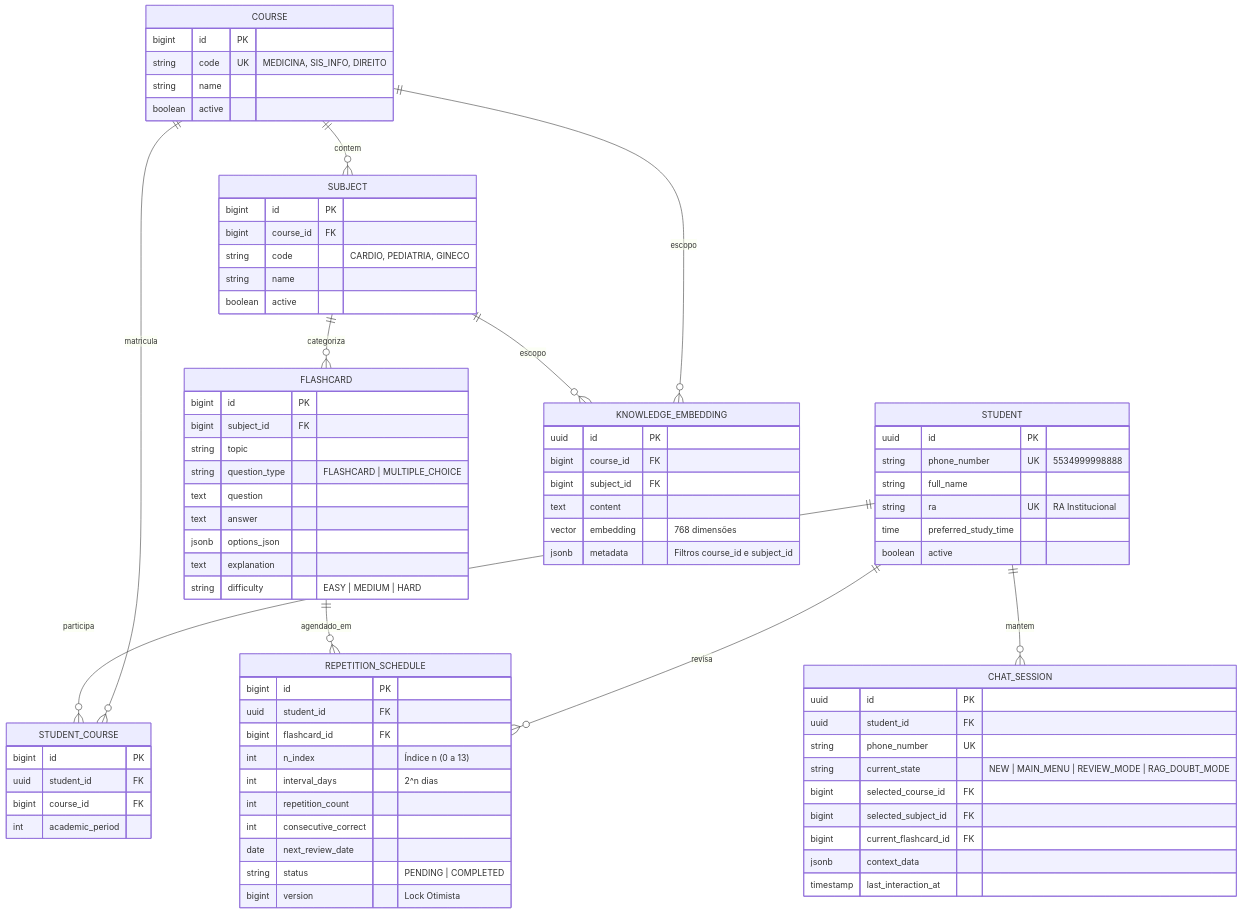
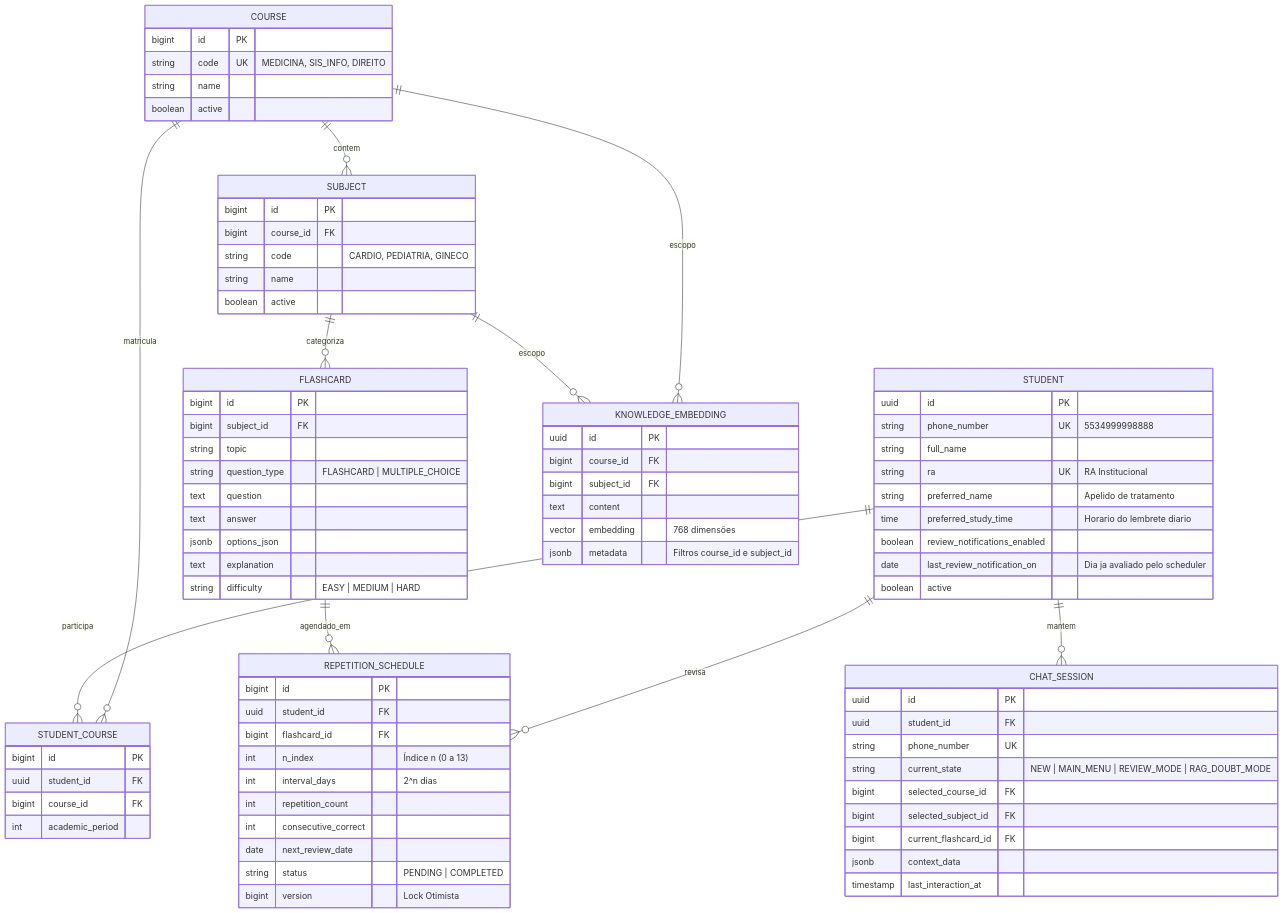
Before and after one commit to NickolasTav/mmeebb-chatbot: the fourth of 4 diagrams in README.md, drawn with Mermaid. The commit also changed other lines of this file, not shown here.

First line of the commit message:
docs(settings): documenta menu de configuracoes e lembrete no horario do aluno

```diff
--- a/README.md
+++ b/README.md
@@ -217,7 +217,10 @@
         string phone_number UK "5534999998888"
         string full_name
         string ra UK "RA Institucional"
-        time preferred_study_time
+        string preferred_name "Apelido de tratamento"
+        time preferred_study_time "Horario do lembrete diario"
+        boolean review_notifications_enabled
+        date last_review_notification_on "Dia ja avaliado pelo scheduler"
         boolean active
     }
     STUDENT_COURSE {
```
